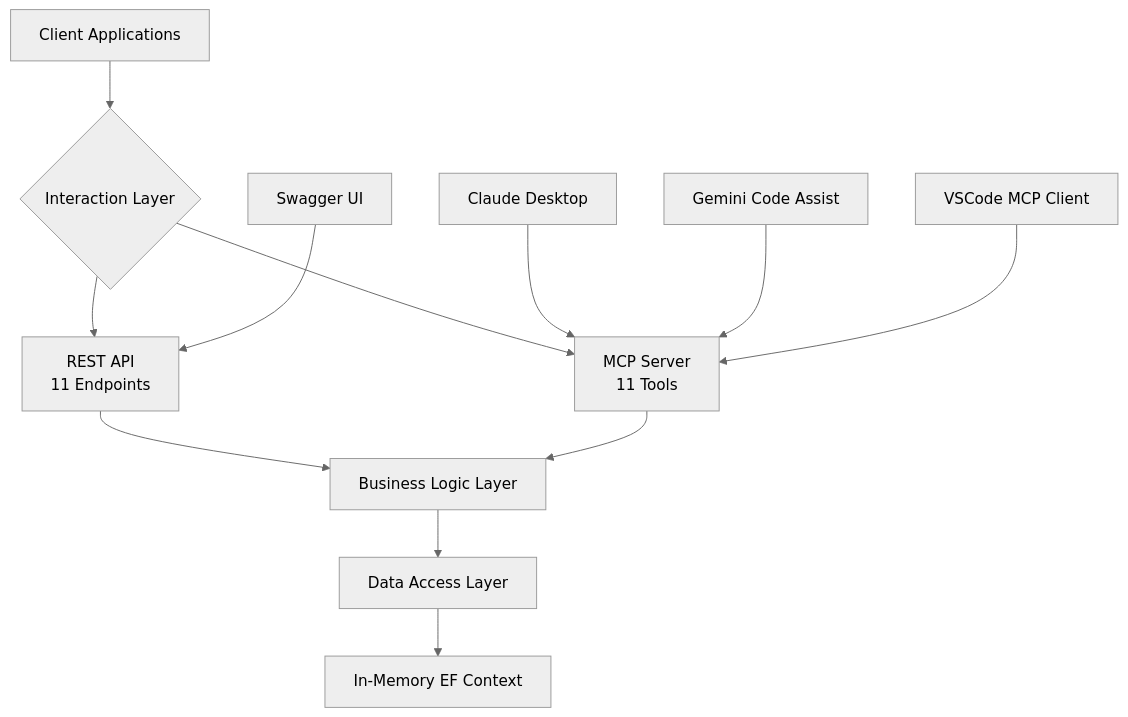
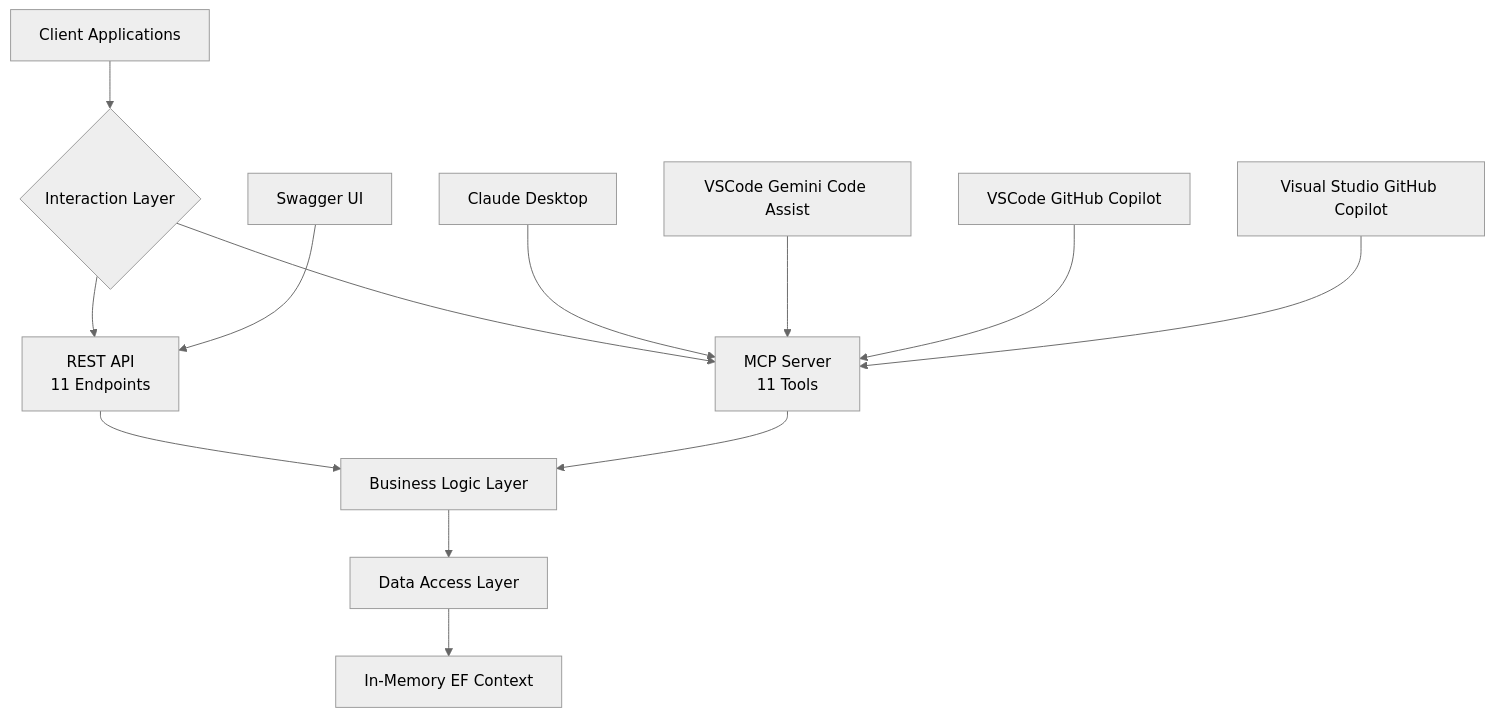
The first of 2 diagrams in Readme.md (cpateldev/TodoMCPServer), drawn with Mermaid (neutral theme) before and after one commit. The commit also changed other lines of this file and 5 other files, not shown here.

````diff
--- a/Readme.md
+++ b/Readme.md
@@ -63,15 +65,16 @@
 ```mermaid
 flowchart TD
     A[Client Applications] --> B{Interaction Layer}
     B --> C[REST API<br/>11 Endpoints]
     B --> D[MCP Server<br/>11 Tools]
     C --> E[Business Logic Layer]
     D --> E
     E --> F[Data Access Layer]
     F --> G[In-Memory EF Context]
 
     H[Swagger UI] --> C
     I[Claude Desktop] --> D
-    J[Gemini Code Assist] --> D
-    K[VSCode MCP Client] --> D
+    J[VSCode Gemini Code Assist] --> D
+    K[VSCode GitHub Copilot] --> D
+    L[Visual Studio GitHub Copilot] --> D
 ```
````
